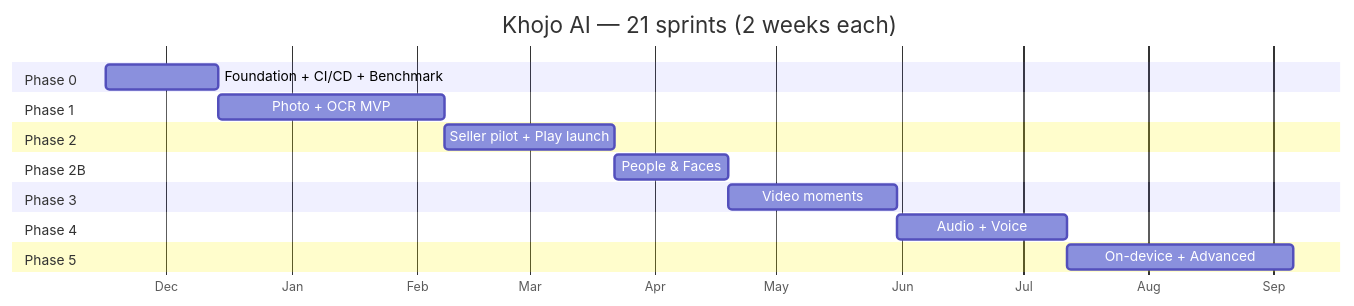
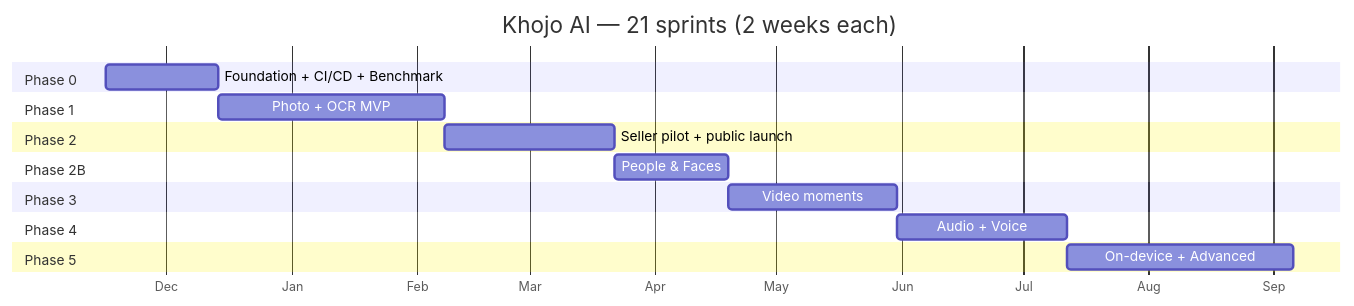
The first of 4 diagrams in docs/Khojo_AI_Delivery_Plan.md (devxjitin/khojo-ai), drawn with Mermaid before and after one commit. The commit also changed other lines of this file and 5 other files, not shown here.

````diff
--- a/docs/Khojo_AI_Delivery_Plan.md
+++ b/docs/Khojo_AI_Delivery_Plan.md
@@ -91,20 +92,20 @@
 ```mermaid
 gantt
   title Khojo AI — 21 sprints (2 weeks each)
   dateFormat YYYY-MM-DD
   axisFormat %b
   section Phase 0
   Foundation + CI/CD + Benchmark :p0, 2026-11-16, 28d
   section Phase 1
   Photo + OCR MVP                :p1, after p0, 56d
   section Phase 2
-  Seller pilot + Play launch     :p2, after p1, 42d
+  Seller pilot + public launch   :p2, after p1, 42d
   section Phase 2B
   People & Faces                 :p2b, after p2, 28d
   section Phase 3
   Video moments                  :p3, after p2b, 42d
   section Phase 4
   Audio + Voice                  :p4, after p3, 42d
   section Phase 5
   On-device + Advanced           :p5, after p4, 56d
 ```
````
